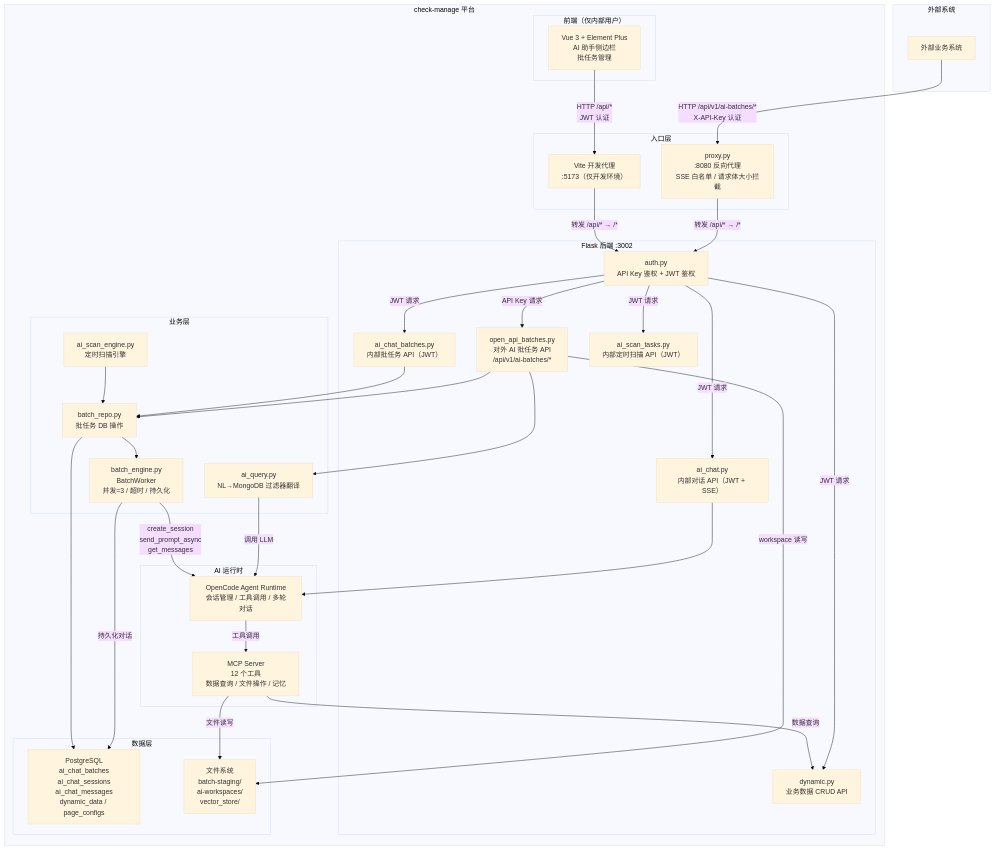
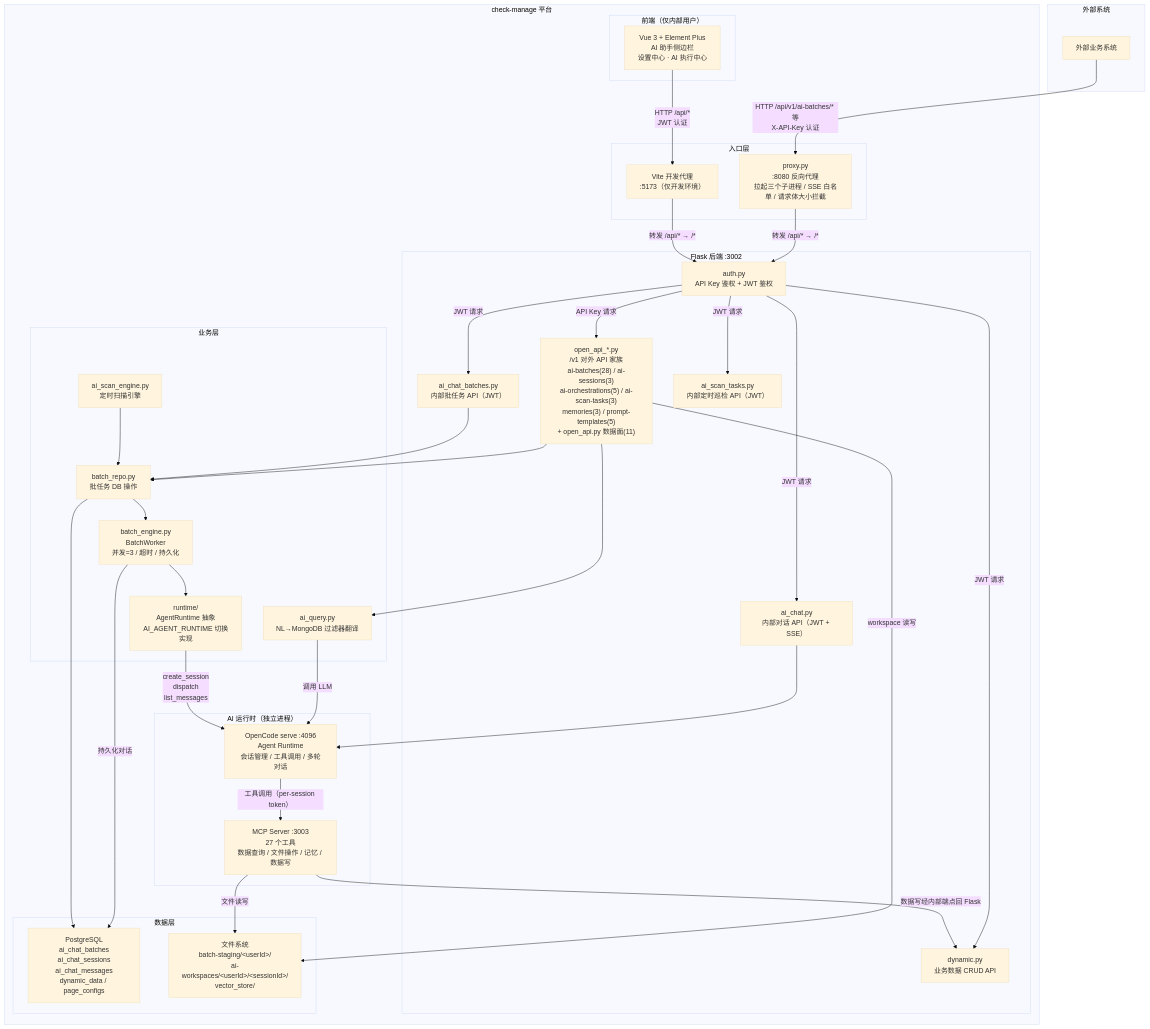
Before and after one commit to morningKing/check-manage: the first of 6 diagrams in docs/user-guide/integration/ai-architecture.md, drawn with Mermaid (base theme). The commit also changed other lines of this file and 12 other files, not shown here.

````diff
--- a/docs/user-guide/integration/ai-architecture.md
+++ b/docs/user-guide/integration/ai-architecture.md
@@ -5,72 +12,74 @@
 ```mermaid
 graph TB
     subgraph 外部系统
         EXT[外部业务系统]
     end
 
     subgraph "check-manage 平台"
         subgraph "入口层"
-            PROXY["proxy.py<br/>:8080 反向代理<br/>SSE 白名单 / 请求体大小拦截"]
+            PROXY["proxy.py<br/>:8080 反向代理<br/>拉起三个子进程 / SSE 白名单 / 请求体大小拦截"]
             VITE["Vite 开发代理<br/>:5173（仅开发环境）"]
         end
 
         subgraph "Flask 后端 :3002"
             AUTH["auth.py<br/>API Key 鉴权 + JWT 鉴权"]
-            OPEN_API["open_api_batches.py<br/>对外 AI 批任务 API<br/>/api/v1/ai-batches/*"]
+            OPEN_API["open_api_*.py<br/>/v1 对外 API 家族<br/>ai-batches(28) / ai-sessions(3)<br/>ai-orchestrations(5) / ai-scan-tasks(3)<br/>memories(3) / prompt-templates(5)<br/>+ open_api.py 数据面(11)"]
             INT_BATCH["ai_chat_batches.py<br/>内部批任务 API（JWT）"]
             INT_CHAT["ai_chat.py<br/>内部对话 API（JWT + SSE）"]
-            INT_SCAN["ai_scan_tasks.py<br/>内部定时扫描 API（JWT）"]
+            INT_SCAN["ai_scan_tasks.py<br/>内部定时巡检 API（JWT）"]
             DYNAMIC["dynamic.py<br/>业务数据 CRUD API"]
         end
 
         subgraph "业务层"
             REPO["batch_repo.py<br/>批任务 DB 操作"]
             ENGINE["batch_engine.py<br/>BatchWorker<br/>并发=3 / 超时 / 持久化"]
             SCAN_ENGINE["ai_scan_engine.py<br/>定时扫描引擎"]
             QUERY["ai_query.py<br/>NL→MongoDB 过滤器翻译"]
+            RUNTIME["runtime/<br/>AgentRuntime 抽象<br/>AI_AGENT_RUNTIME 切换实现"]
         end
 
-        subgraph "AI 运行时"
-            OC["OpenCode Agent Runtime<br/>会话管理 / 工具调用 / 多轮对话"]
-            MCP["MCP Server<br/>12 个工具<br/>数据查询 / 文件操作 / 记忆"]
+        subgraph "AI 运行时（独立进程）"
+            OC["OpenCode serve :4096<br/>Agent Runtime<br/>会话管理 / 工具调用 / 多轮对话"]
+            MCP["MCP Server :3003<br/>27 个工具<br/>数据查询 / 文件操作 / 记忆 / 数据写"]
         end
 
         subgraph "数据层"
             PG["PostgreSQL<br/>ai_chat_batches<br/>ai_chat_sessions<br/>ai_chat_messages<br/>dynamic_data / page_configs"]
-            FS["文件系统<br/>batch-staging/<br/>ai-workspaces/<br/>vector_store/"]
+            FS["文件系统<br/>batch-staging/&lt;userId&gt;/<br/>ai-workspaces/&lt;userId&gt;/&lt;sessionId&gt;/<br/>vector_store/"]
         end
 
         subgraph "前端（仅内部用户）"
-            UI["Vue 3 + Element Plus<br/>AI 助手侧边栏<br/>批任务管理"]
+            UI["Vue 3 + Element Plus<br/>AI 助手侧边栏<br/>设置中心 · AI 执行中心"]
         end
     end
 
-    EXT -->|"HTTP /api/v1/ai-batches/*<br/>X-API-Key 认证"| PROXY
+    EXT -->|"HTTP /api/v1/ai-batches/* 等<br/>X-API-Key 认证"| PROXY
     UI -->|"HTTP /api/*<br/>JWT 认证"| VITE
     PROXY -->|"转发 /api/* → /*"| AUTH
     VITE -->|"转发 /api/* → /*"| AUTH
 
     AUTH -->|"API Key 请求"| OPEN_API
     AUTH -->|"JWT 请求"| INT_BATCH
     AUTH -->|"JWT 请求"| INT_CHAT
     AUTH -->|"JWT 请求"| INT_SCAN
     AUTH -->|"JWT 请求"| DYNAMIC
 
     OPEN_API --> REPO
     OPEN_API --> QUERY
     INT_BATCH --> REPO
     INT_CHAT --> OC
     QUERY -->|"调用 LLM"| OC
 
     REPO --> ENGINE
-    ENGINE -->|"create_session<br/>send_prompt_async<br/>get_messages"| OC
+    ENGINE --> RUNTIME
+    RUNTIME -->|"create_session<br/>dispatch<br/>list_messages"| OC
     ENGINE -->|"持久化对话"| PG
     SCAN_ENGINE --> REPO
 
-    OC -->|"工具调用"| MCP
-    MCP -->|"数据查询"| DYNAMIC
+    OC -->|"工具调用（per-session token）"| MCP
+    MCP -->|"数据写经内部端点回 Flask"| DYNAMIC
     MCP -->|"文件读写"| FS
 
     REPO --> PG
     OPEN_API -->|"workspace 读写"| FS
 ```
````
